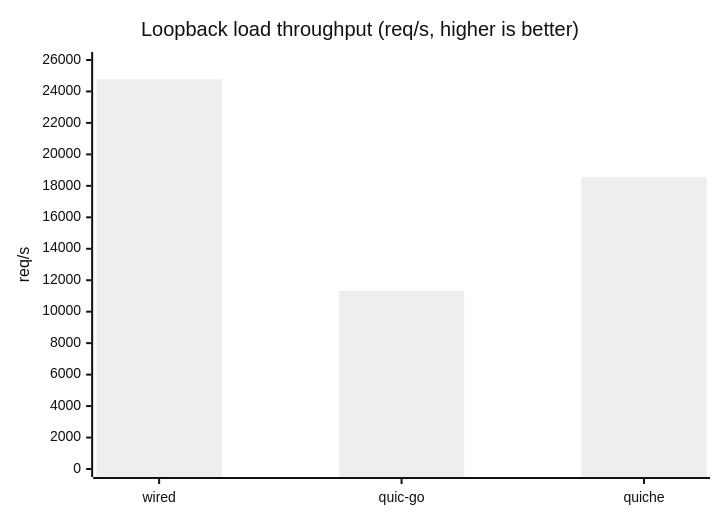
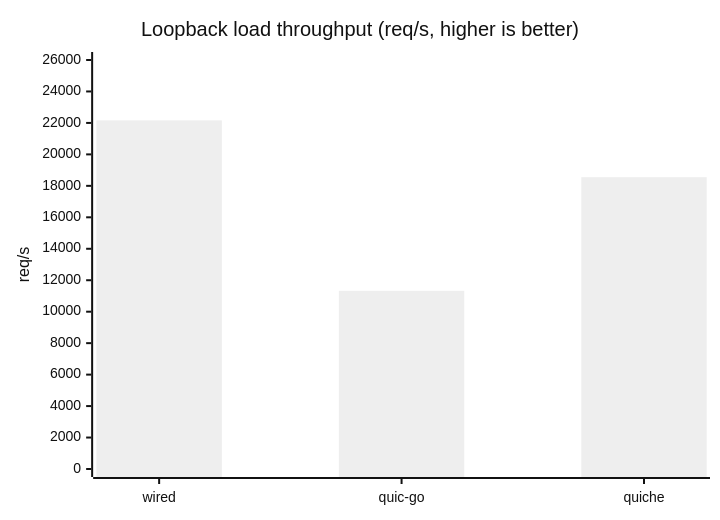
The second of 4 diagrams in docs/comparison.md (Hakkadaikon/wired), drawn with Mermaid (neutral theme) before and after one commit. The commit also changed other lines of this file and 1 other file, not shown here.

````diff
--- a/docs/comparison.md
+++ b/docs/comparison.md
@@ -157,7 +163,7 @@
 ```mermaid
 xychart-beta
     title "Loopback load throughput (req/s, higher is better)"
     x-axis ["wired", "quic-go", "quiche"]
     y-axis "req/s" 0 --> 26000
-    bar [24771, 11329, 18550]
+    bar [22161, 11329, 18550]
 ```
````
